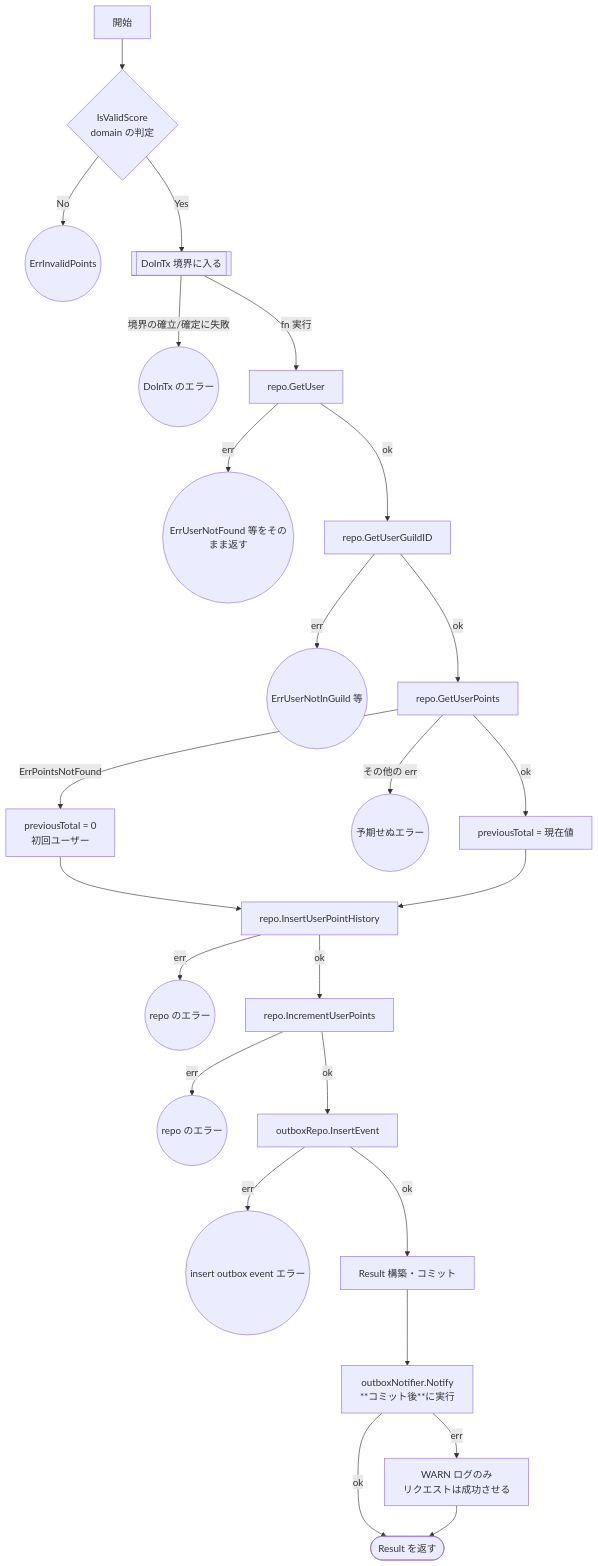
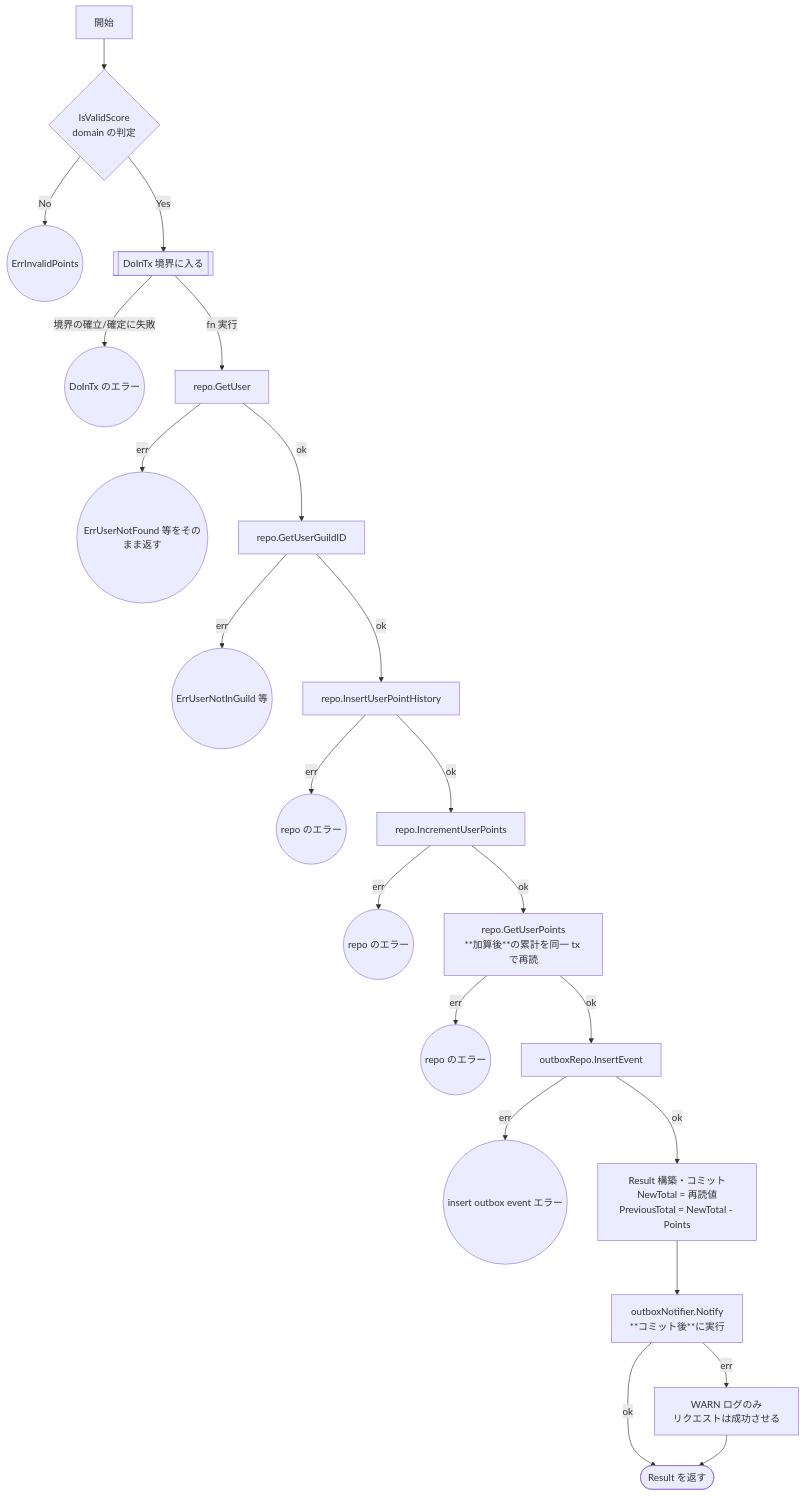
Before and after one commit to uchidas-rogue/game-api-sample: the third of 3 diagrams in docs/testing/ranking.md, drawn with Mermaid. The commit also changed other lines of this file and 16 other files, not shown here.

````diff
--- a/docs/testing/ranking.md
+++ b/docs/testing/ranking.md
@@ -101,32 +101,28 @@
 ```mermaid
 flowchart TD
     A[開始] --> B{IsValidScore<br/>domain の判定}
     B -- No --> E1((ErrInvalidPoints))
     B -- Yes --> C[[DoInTx 境界に入る]]
 
     C -- 境界の確立/確定に失敗 --> E2((DoInTx のエラー))
     C -- fn 実行 --> D[repo.GetUser]
     D -- err --> E3((ErrUserNotFound 等をそのまま返す))
     D -- ok --> F[repo.GetUserGuildID]
 
     F -- err --> E4((ErrUserNotInGuild 等))
-    F -- ok --> G[repo.GetUserPoints]
+    F -- ok --> K[repo.InsertUserPointHistory]
 
-    G -- ErrPointsNotFound --> H[previousTotal = 0<br/>初回ユーザー]
-    G -- その他の err --> E5((予期せぬエラー))
-    G -- ok --> H2[previousTotal = 現在値]
-    H --> K[repo.InsertUserPointHistory]
-    H2 --> K
-
-    K -- err --> E6((repo のエラー))
+    K -- err --> E5((repo のエラー))
     K -- ok --> M[repo.IncrementUserPoints]
-    M -- err --> E7((repo のエラー))
-    M -- ok --> O[outboxRepo.InsertEvent]
+    M -- err --> E6((repo のエラー))
+    M -- ok --> N[repo.GetUserPoints<br/>**加算後**の累計を同一 tx で再読]
+    N -- err --> E7((repo のエラー))
+    N -- ok --> O[outboxRepo.InsertEvent]
     O -- err --> E8((insert outbox event エラー))
-    O -- ok --> P[Result 構築・コミット]
+    O -- ok --> P[Result 構築・コミット<br/>NewTotal = 再読値<br/>PreviousTotal = NewTotal - Points]
 
     P --> Q[outboxNotifier.Notify<br/>**コミット後**に実行]
     Q -- err --> R[WARN ログのみ<br/>リクエストは成功させる]
     Q -- ok --> Z([Result を返す])
     R --> Z
 ```
````
